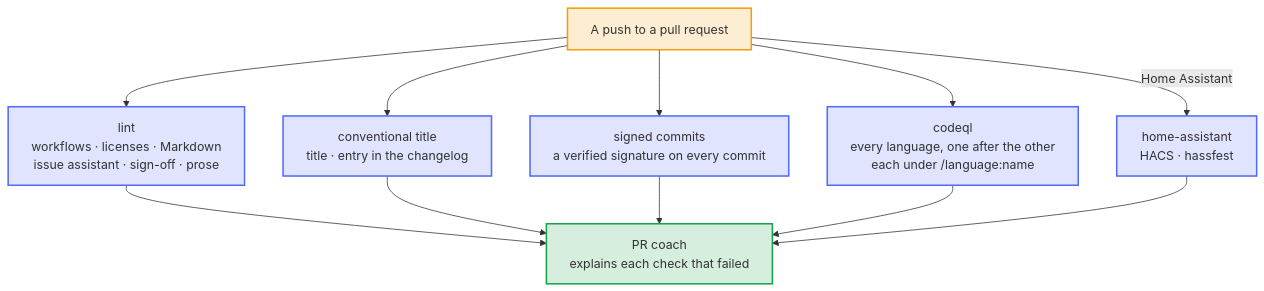
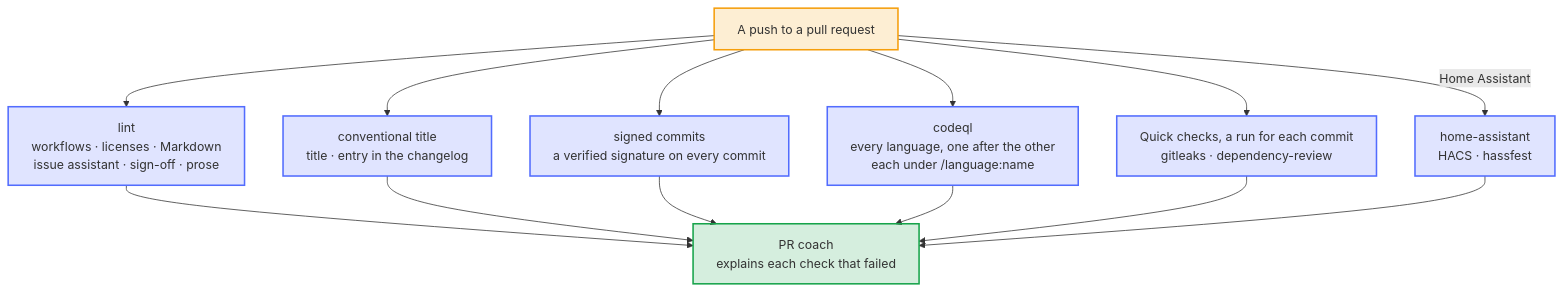
Before and after one commit to Dennis-Otto/repo-blueprint: the diagram in docs/diagrams/the-jobs-of-a-pull-request.mmd, drawn with Mermaid. The commit also changed 29 other files, not shown here.

First line of the commit message:
feat: the secret scan and the dependency review share one workflow, Quick checks (#1026)

```diff
--- a/docs/diagrams/the-jobs-of-a-pull-request.mmd
+++ b/docs/diagrams/the-jobs-of-a-pull-request.mmd
@@ -1,34 +1,37 @@
 ---
 config:
   flowchart:
     wrappingWidth: 400
 ---
 flowchart TB
     accTitle: The jobs of a pull request
-    accDescr: Each job of a push waits for a runner of its own, and the account runs about 20 jobs at once. So the quick checks share their jobs: lint runs every linter, the title job checks the title and the entry in the changelog, codeql analyzes every language under the category of its alerts, and home-assistant runs HACS and hassfest. signed commits stands apart, outside the required checks, as GitHub's own rule blocks the merge already. Each step runs also when one before it failed, and the PR coach explains each check of a job that failed.
+    accDescr: Each job of a push waits for a runner of its own, and the account runs about 20 jobs at once. So the quick checks share their jobs: lint runs every linter, the title job checks the title and the entry in the changelog, codeql analyzes every language under the category of its alerts, and home-assistant runs HACS and hassfest. The secret scan and the dependency review are the two jobs of one workflow, Quick checks, with a run for each commit, outside Lint, whose runs for a pull request cancel each other. signed commits stands apart, outside the required checks, as GitHub's own rule blocks the merge already. Each step runs also when one before it failed, and the PR coach explains each check of a job that failed.
 
     push["A push to a pull request"]
     lint["lint<br>workflows · licenses · Markdown<br>issue assistant · sign-off · prose"]
     title["conventional title<br>title · entry in the changelog"]
     signed["signed commits<br>a verified signature on every commit"]
     codeql["codeql<br>every language, one after the other<br>each under /language:name"]
+    quick["Quick checks, a run for each commit<br>gitleaks · dependency-review"]
     ha["home-assistant<br>HACS · hassfest"]
     coach["PR coach<br>explains each check that failed"]
 
     push --> lint
     push --> title
     push --> signed
     push --> codeql
+    push --> quick
     push -- "Home Assistant" --> ha
     lint --> coach
     title --> coach
     signed --> coach
     codeql --> coach
+    quick --> coach
     ha --> coach
 
     classDef bot fill:#526cfe2e,stroke:#526cfe,stroke-width:2px
     classDef person fill:#f59e0b2e,stroke:#f59e0b,stroke-width:2px
     classDef done fill:#16a34a2e,stroke:#16a34a,stroke-width:2px
     class push person
-    class lint,title,signed,codeql,ha bot
+    class lint,title,signed,codeql,quick,ha bot
     class coach done
```
